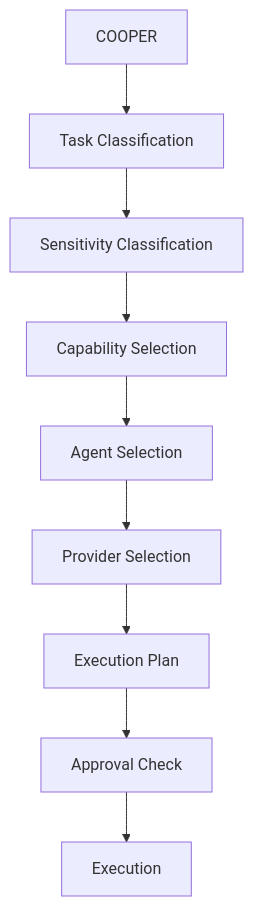
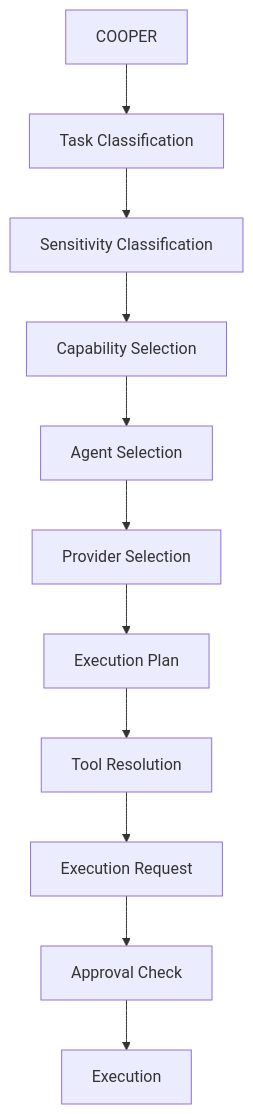
One commit to ThemisEidos/AI-Ecosystem changed the diagram in Documentation/COOPER-Agent-Routing-Architecture.md. Above: the diagram before and after it, drawn with Mermaid. The commit also changed other lines of this file and 11 other files, not shown here.

Commit message:
feat(cooper): add execution foundation and tool routing docs

````diff
--- a/Documentation/COOPER-Agent-Routing-Architecture.md
+++ b/Documentation/COOPER-Agent-Routing-Architecture.md
@@ -7,11 +7,13 @@
 ```mermaid
 flowchart TD
     A["COOPER"] --> B["Task Classification"]
     B --> C["Sensitivity Classification"]
     C --> D["Capability Selection"]
     D --> E["Agent Selection"]
     E --> F["Provider Selection"]
     F --> G["Execution Plan"]
-    G --> H["Approval Check"]
-    H --> I["Execution"]
+    G --> H["Tool Resolution"]
+    H --> I["Execution Request"]
+    I --> J["Approval Check"]
+    J --> K["Execution"]
 ```
````
